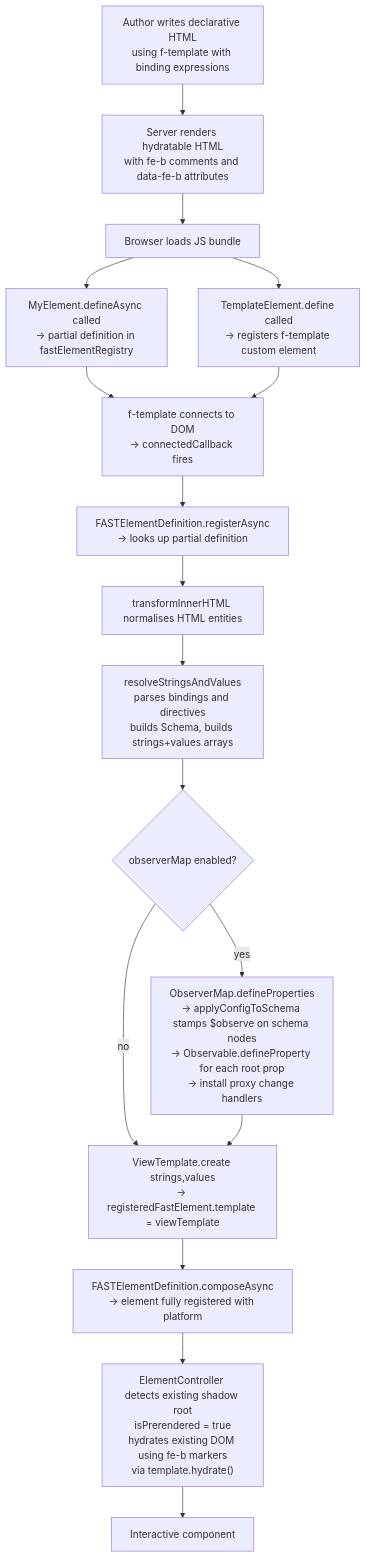
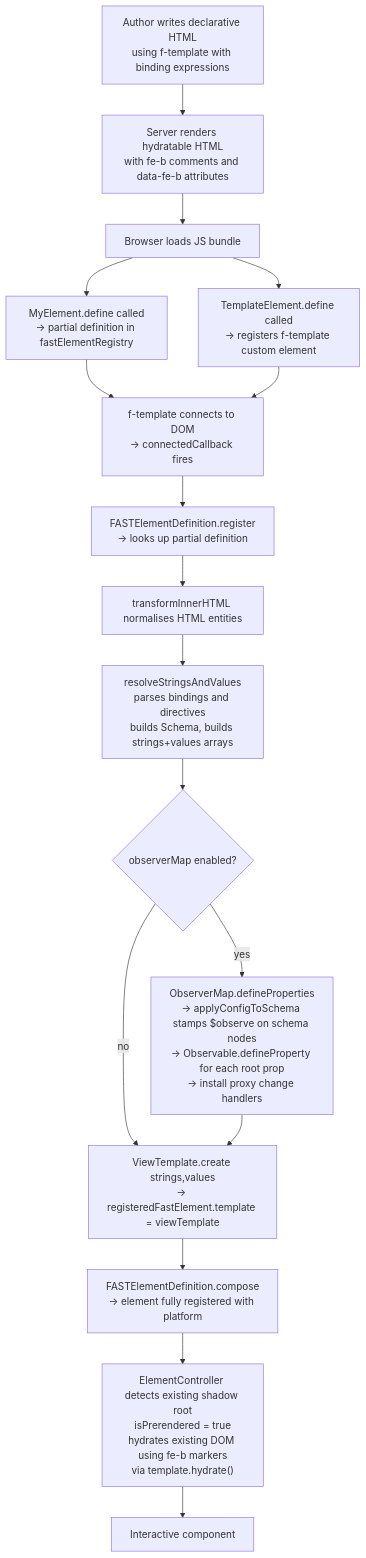
Before and after one commit to microsoft/fast: the first of 4 diagrams in packages/fast-html/DESIGN.md, drawn with Mermaid. The commit also changed other lines of this file and 61 other files, not shown here.

First line of the commit message:
feat: replace defineAsync/composeAsync with Promise-returning define/compose (#7467)

````diff
--- a/packages/fast-html/DESIGN.md
+++ b/packages/fast-html/DESIGN.md
@@ -267,18 +267,18 @@
 ```mermaid
 flowchart TD
     A["Author writes declarative HTML\nusing f-template with binding expressions"] --> B["Server renders hydratable HTML\nwith fe-b comments and data-fe-b attributes"]
     B --> C[Browser loads JS bundle]
-    C --> D["MyElement.defineAsync called\n→ partial definition in fastElementRegistry"]
+    C --> D["MyElement.define called\n→ partial definition in fastElementRegistry"]
     C --> E["TemplateElement.define called\n→ registers f-template custom element"]
     D & E --> F["f-template connects to DOM\n→ connectedCallback fires"]
-    F --> G["FASTElementDefinition.registerAsync\n→ looks up partial definition"]
+    F --> G["FASTElementDefinition.register\n→ looks up partial definition"]
     G --> H[transformInnerHTML normalises HTML entities]
     H --> I["resolveStringsAndValues\nparses bindings and directives\nbuilds Schema, builds strings+values arrays"]
     I --> J{observerMap enabled?}
     J -- yes --> K["ObserverMap.defineProperties\n→ applyConfigToSchema stamps $observe on schema nodes\n→ Observable.defineProperty for each root prop\n→ install proxy change handlers"]
     J -- no --> L
     K --> L["ViewTemplate.create strings,values\n→ registeredFastElement.template = viewTemplate"]
-    L --> M["FASTElementDefinition.composeAsync\n→ element fully registered with platform"]
+    L --> M["FASTElementDefinition.compose\n→ element fully registered with platform"]
     M --> N["ElementController detects existing shadow root\nisPrerendered = true\nhydrates existing DOM using fe-b markers\nvia template.hydrate()"]
     N --> O[Interactive component]
 ```
````
